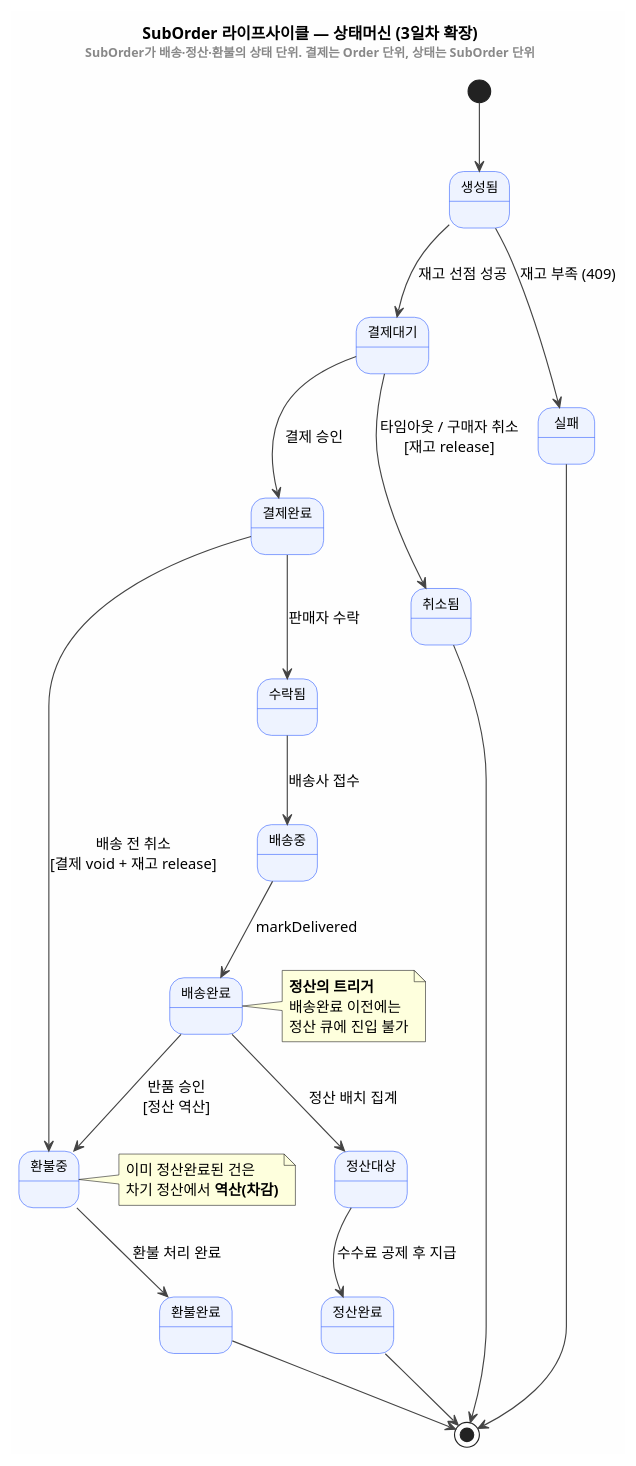
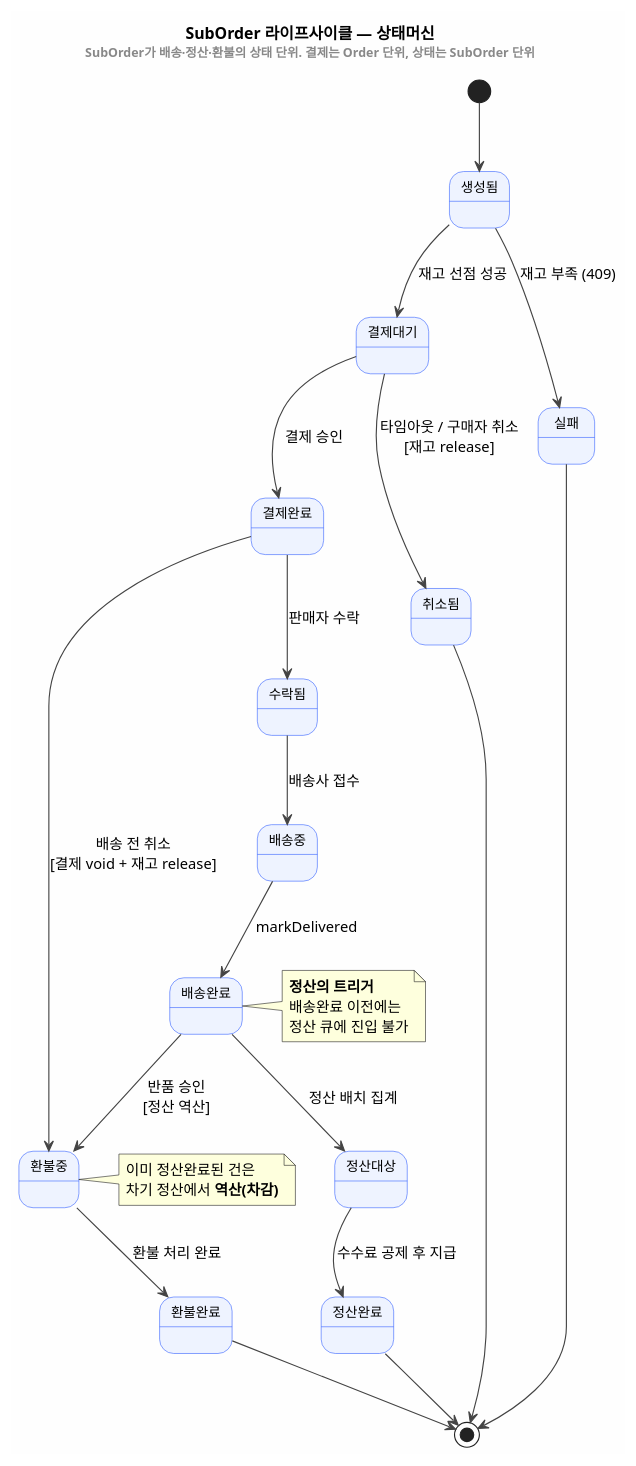
Before and after one commit to kosta-ai-lab/ai-native-sdlc: the diagram in courses/software-design-with-spec-kit/labs/speckit-ecommerce-fullscale/design/diagrams/state-suborder.puml, drawn with PlantUML. The commit also changed 98 other files, not shown here.

```diff
--- a/courses/software-design-with-spec-kit/labs/speckit-ecommerce-fullscale/design/diagrams/state-suborder.puml
+++ b/courses/software-design-with-spec-kit/labs/speckit-ecommerce-fullscale/design/diagrams/state-suborder.puml
@@ -1,49 +1,49 @@
 @startuml state-suborder
 skinparam backgroundColor #FEFEFE
 skinparam shadowing false
 skinparam state {
   BackgroundColor #EEF3FF
   BorderColor #2b59ff
   ArrowColor #444444
   FontSize 12
 }
-title SubOrder 라이프사이클 — 상태머신 (3일차 확장)\n<size:11><color:#888>SubOrder가 배송·정산·환불의 상태 단위. 결제는 Order 단위, 상태는 SubOrder 단위</color></size>
+title SubOrder 라이프사이클 — 상태머신\n<size:11><color:#888>SubOrder가 배송·정산·환불의 상태 단위. 결제는 Order 단위, 상태는 SubOrder 단위</color></size>
 
 [*] --> 생성됨
 
 생성됨 --> 결제대기 : 재고 선점 성공
 생성됨 --> 실패 : 재고 부족 (409)
 
 결제대기 --> 결제완료 : 결제 승인
 결제대기 --> 취소됨 : 타임아웃 / 구매자 취소\n[재고 release]
 
 결제완료 --> 수락됨 : 판매자 수락
 결제완료 --> 환불중 : 배송 전 취소\n[결제 void + 재고 release]
 
 수락됨 --> 배송중 : 배송사 접수
 배송중 --> 배송완료 : markDelivered
 
 배송완료 --> 정산대상 : 정산 배치 집계
 배송완료 --> 환불중 : 반품 승인\n[정산 역산]
 
 정산대상 --> 정산완료 : 수수료 공제 후 지급
 
 환불중 --> 환불완료 : 환불 처리 완료
 
 정산완료 --> [*]
 환불완료 --> [*]
 취소됨 --> [*]
 실패 --> [*]
 
 note right of 배송완료
   <b>정산의 트리거</b>
   배송완료 이전에는
   정산 큐에 진입 불가
 end note
 
 note right of 환불중
   이미 정산완료된 건은
   차기 정산에서 <b>역산(차감)</b>
 end note
 
 @enduml
```
